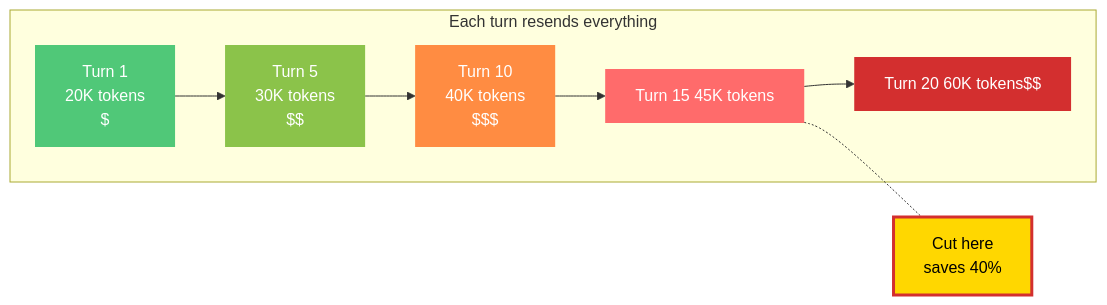
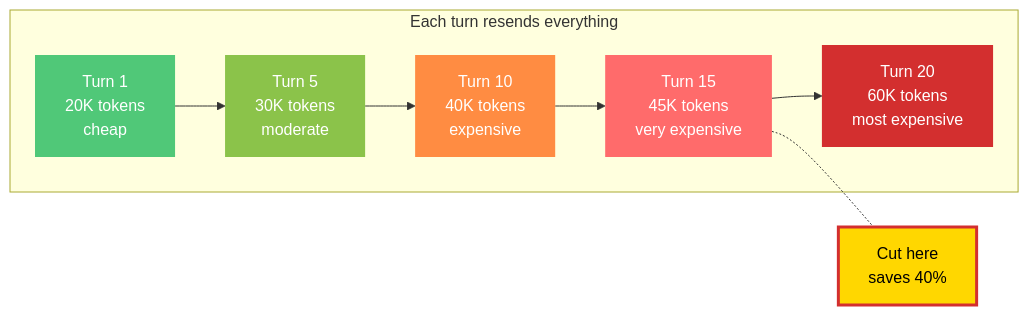
The seventh of 9 diagrams in docs/architecture-en.md (GOODDAYDAY/Harness-Everything), drawn with Mermaid before and after one commit. The commit also changed 1 other file, not shown here.

Commit message:
fix: remove dollar signs from Mermaid diagrams (GitHub KaTeX parse error)

````diff
--- a/docs/architecture-en.md
+++ b/docs/architecture-en.md
@@ -319,18 +319,18 @@
 ```mermaid
 graph LR
     subgraph Each turn resends everything
-        T1["Turn 1<br/>20K tokens<br/>$"] --> T5["Turn 5<br/>30K tokens<br/>$$"]
-        T5 --> T10["Turn 10<br/>40K tokens<br/>$$$"]
-        T10 --> T15["Turn 15<br/>45K tokens<br/>$$$$"]
-        T15 --> T20["Turn 20<br/>60K tokens<br/>$$$$$$"]
+        T1["Turn 1<br/>20K tokens<br/>cheap"] --> T5["Turn 5<br/>30K tokens<br/>moderate"]
+        T5 --> T10["Turn 10<br/>40K tokens<br/>expensive"]
+        T10 --> T15["Turn 15<br/>45K tokens<br/>very expensive"]
+        T15 --> T20["Turn 20<br/>60K tokens<br/>most expensive"]
     end
 
     T15 -.- CUT["Cut here<br/>saves 40%"]
 
     style T1 fill:#50C878,color:white,stroke:none
     style T5 fill:#8BC34A,color:white,stroke:none
     style T10 fill:#FF8C42,color:white,stroke:none
     style T15 fill:#FF6B6B,color:white,stroke:none
     style T20 fill:#D32F2F,color:white,stroke:none
     style CUT fill:#FFD700,color:black,stroke:#D32F2F,stroke-width:3px
 ```
````
